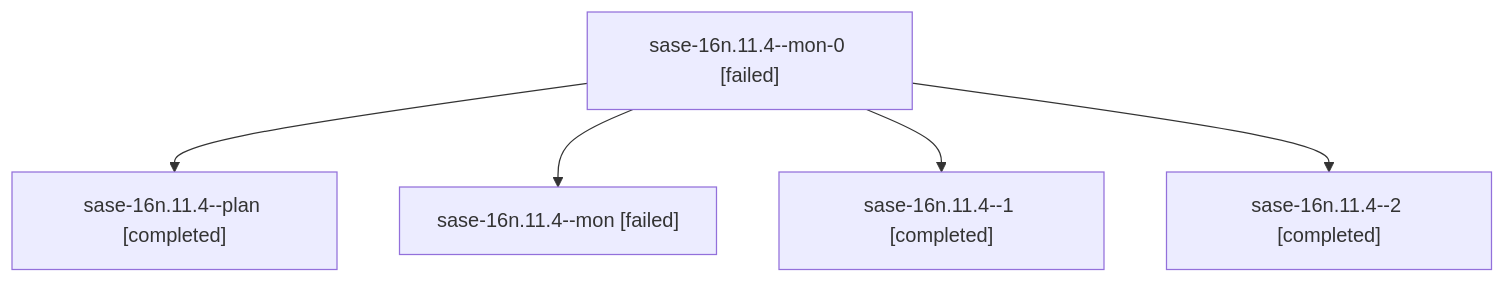
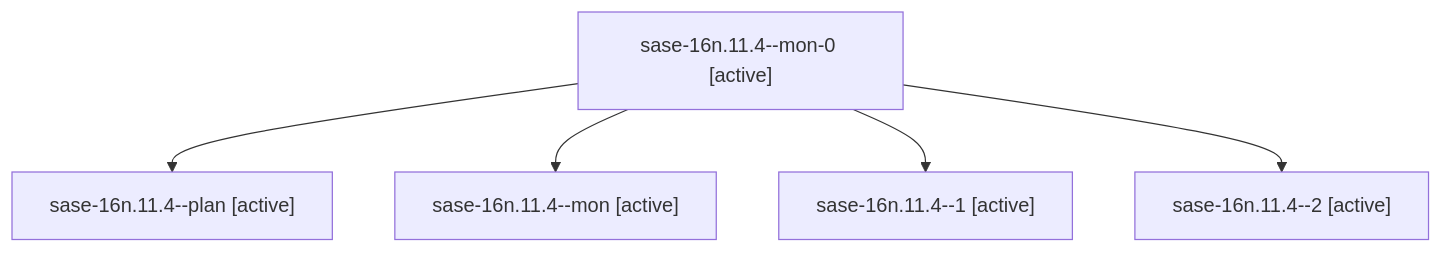
One commit to sase-org/sase--agents changed the diagram in families/bbugyi200.athena.sase-16n.11.4.md. Above: the diagram before and after it, drawn with Mermaid. The commit also changed other lines of this file and 35830 other files, not shown here.

````diff
--- a/families/bbugyi200.athena.sase-16n.11.4.md
+++ b/families/bbugyi200.athena.sase-16n.11.4.md
@@ -9,12 +9,12 @@
 ```mermaid
 flowchart TD
-  n0["sase-16n.11.4--mon-0 [failed]"]
-  n1["sase-16n.11.4--plan [completed]"]
+  n0["sase-16n.11.4--mon-0 [active]"]
+  n1["sase-16n.11.4--plan [active]"]
   n0 --> n1
-  n2["sase-16n.11.4--mon [failed]"]
+  n2["sase-16n.11.4--mon [active]"]
   n0 --> n2
-  n3["sase-16n.11.4--1 [completed]"]
+  n3["sase-16n.11.4--1 [active]"]
   n0 --> n3
-  n4["sase-16n.11.4--2 [completed]"]
+  n4["sase-16n.11.4--2 [active]"]
   n0 --> n4
 ```
````
